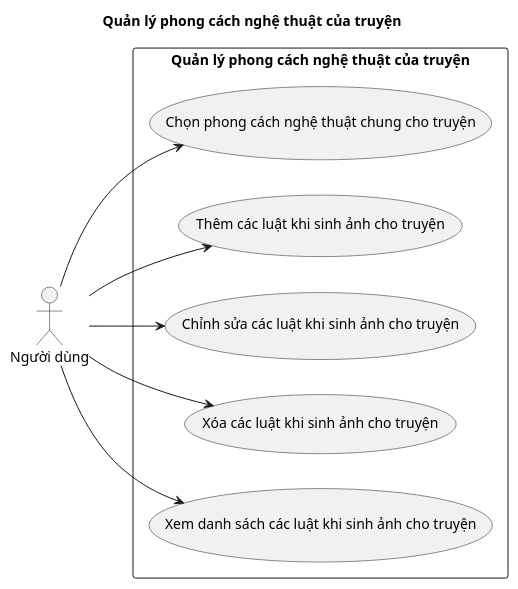
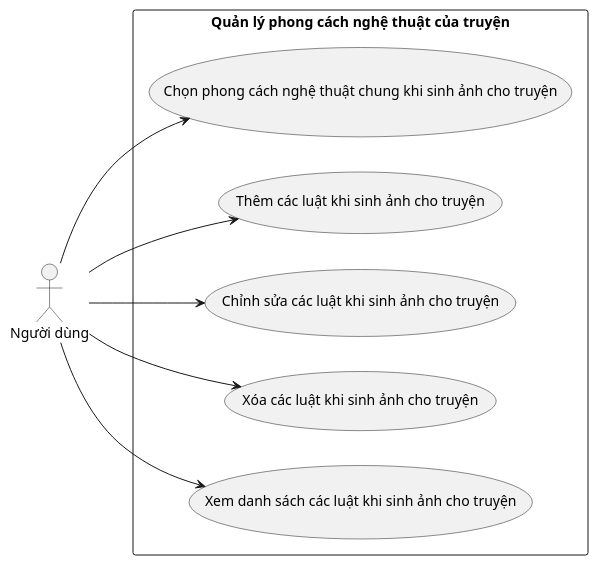
The diagram in docs/use-case-diagrams/phong-cach-nghe-thuat.puml (202416852-anhpv/story2video-docs), drawn with PlantUML before and after one commit. The commit also changed 10 other files, not shown here.

```diff
--- a/docs/use-case-diagrams/phong-cach-nghe-thuat.puml
+++ b/docs/use-case-diagrams/phong-cach-nghe-thuat.puml
@@ -1,21 +1,20 @@
 @startuml phong-cach-nghe-thuat
-title Quản lý phong cách nghệ thuật của truyện
 left to right direction
 
 actor "Người dùng" as User
 
 rectangle "Quản lý phong cách nghệ thuật của truyện" {
-    usecase "Chọn phong cách nghệ thuật chung cho truyện" as UC_01
+    usecase "Chọn phong cách nghệ thuật chung khi sinh ảnh cho truyện" as UC_01
     usecase "Thêm các luật khi sinh ảnh cho truyện" as UC_02
     usecase "Chỉnh sửa các luật khi sinh ảnh cho truyện" as UC_03
     usecase "Xóa các luật khi sinh ảnh cho truyện" as UC_04
     usecase "Xem danh sách các luật khi sinh ảnh cho truyện" as UC_05
 }
 
 User --> UC_01
 User --> UC_02
 User --> UC_03
 User --> UC_04
 User --> UC_05
 
 @enduml
```
